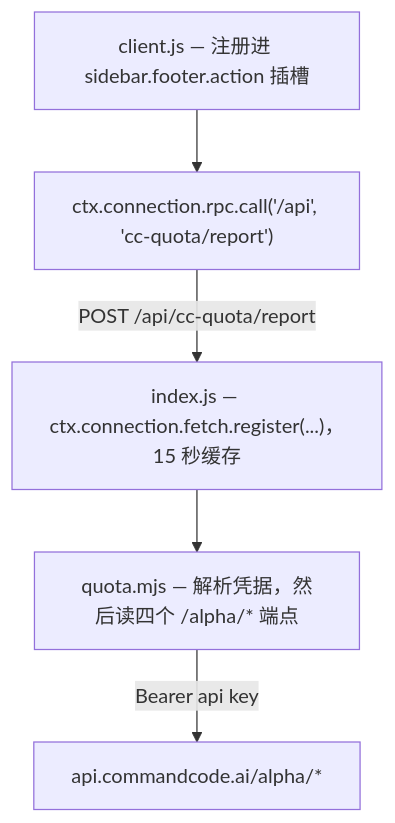
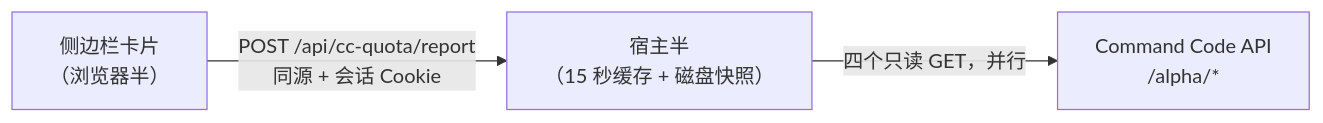
The diagram in README.zh-CN.md (Jovan1666/dsh-commandcode-quota), drawn with Mermaid before and after one commit. The commit also changed other lines of this file and 14 other files, not shown here.

````diff
--- a/README.zh-CN.md
+++ b/README.zh-CN.md
@@ -210,7 +154,5 @@
 ```mermaid
-flowchart TD
-  A["client.js — 注册进 sidebar.footer.action 插槽"] --> B["ctx.connection.rpc.call('/api', 'cc-quota/report')"]
-  B -->|"POST /api/cc-quota/report"| C["index.js — ctx.connection.fetch.register(...)，15 秒缓存"]
-  C --> D["quota.mjs — 解析凭据，然后读四个 /alpha/* 端点"]
-  D -->|"Bearer api key"| E["api.commandcode.ai/alpha/*"]
+flowchart LR
+  A["侧边栏卡片<br/>（浏览器半）"] -->|"POST /api/cc-quota/report<br/>同源 + 会话 Cookie"| B["宿主半<br/>（15 秒缓存 + 磁盘快照）"]
+  B -->|"四个只读 GET，并行"| C["Command Code API<br/>/alpha/*"]
 ```
````
